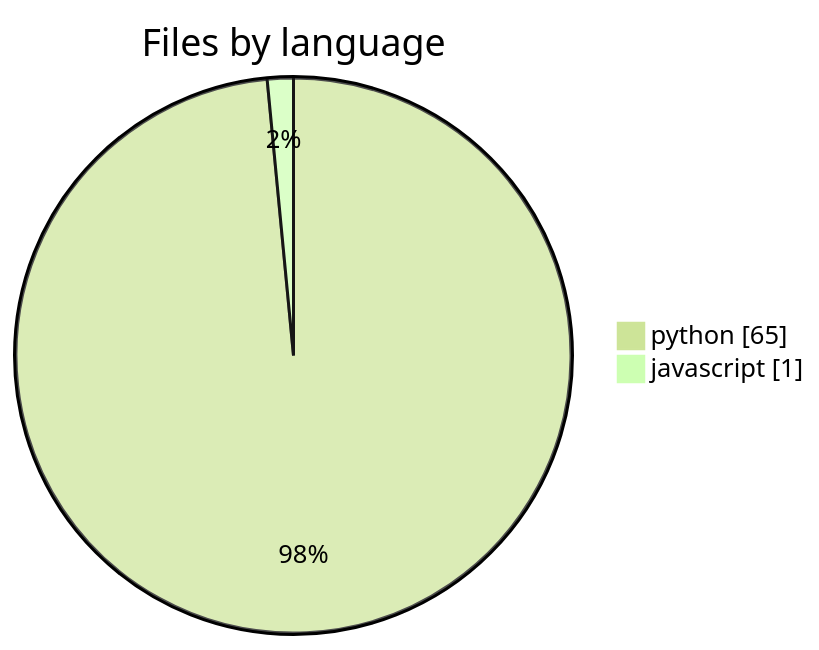
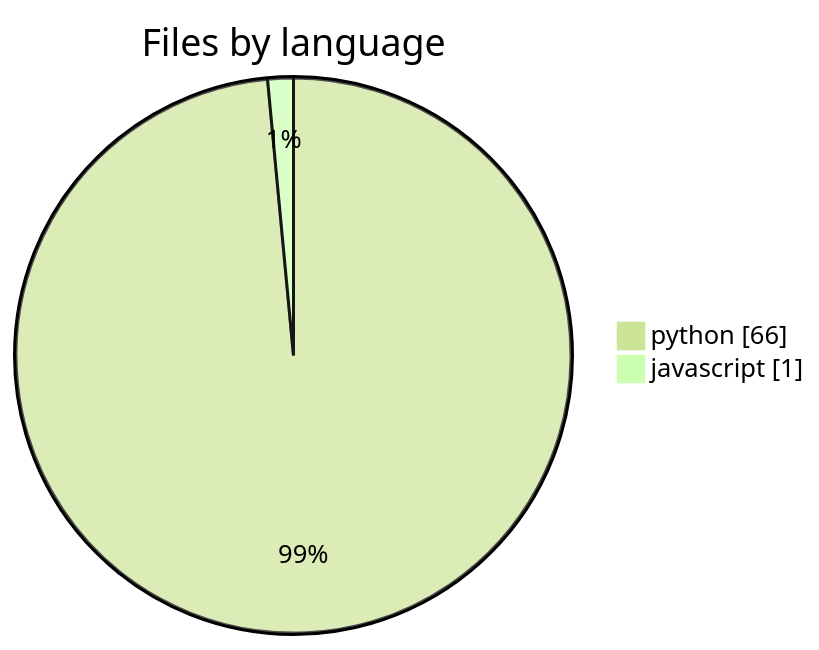
The fourth of 6 diagrams in .mentis/context/architecture.md (wolframs/jspace-probes), drawn with Mermaid (forest theme) before and after one commit. The commit also changed other lines of this file and 60 other files, not shown here.

````diff
--- a/.mentis/context/architecture.md
+++ b/.mentis/context/architecture.md
@@ -38,5 +38,5 @@
 ```mermaid
 pie showData title Files by language
-    "python" : 65
+    "python" : 66
     "javascript" : 1
 ```
````
